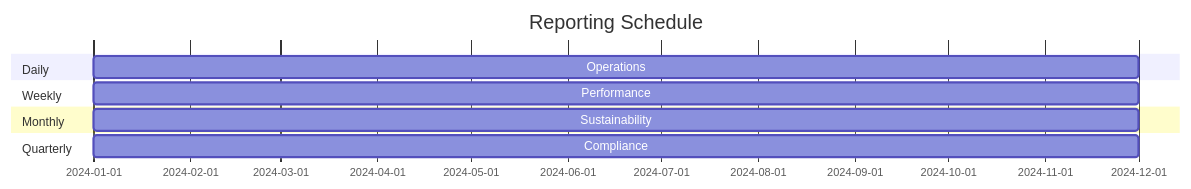
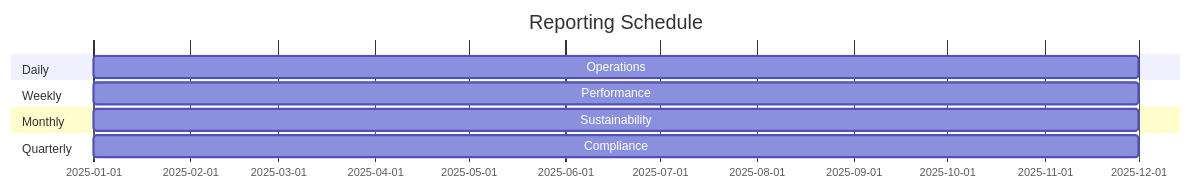
Before and after one commit to Vortx-AI/synthetic-satellite: the fourth of 5 diagrams in docs/sustainability/metrics.md, drawn with Mermaid. The commit also changed other lines of this file, not shown here.

````diff
--- a/docs/sustainability/metrics.md
+++ b/docs/sustainability/metrics.md
@@ -98,13 +98,13 @@
 ```mermaid
 gantt
     title Reporting Schedule
     dateFormat YYYY-MM
     section Daily
-    Operations    :2024-01, 2024-12
+    Operations    :2025-01, 2025-12
     section Weekly
-    Performance   :2024-01, 2024-12
+    Performance   :2025-01, 2025-12
     section Monthly
-    Sustainability:2024-01, 2024-12
+    Sustainability:2025-01, 2025-12
     section Quarterly
-    Compliance    :2024-01, 2024-12
+    Compliance    :2025-01, 2025-12
 ```
````
